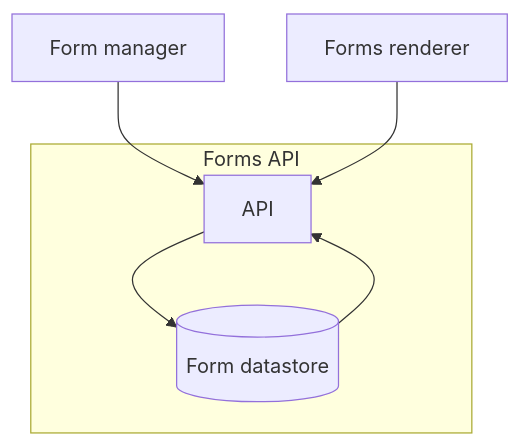
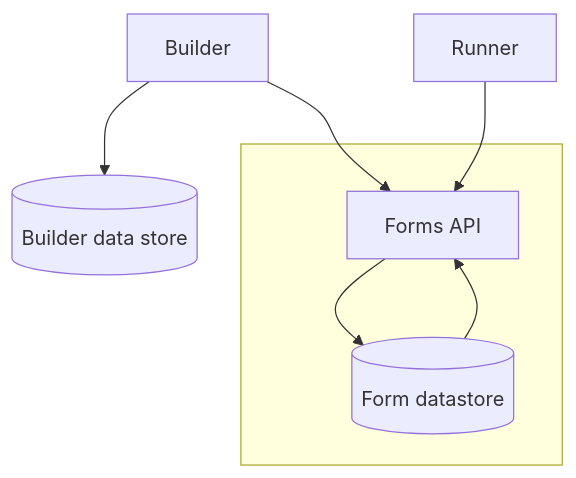
Before and after one commit to alphagov/forms: the first of 3 diagrams in ADR/ADR004-store-form-schemas-in-an-api.md, drawn with Mermaid. The commit also changed other lines of this file, not shown here.

````diff
--- a/ADR/ADR004-store-form-schemas-in-an-api.md
+++ b/ADR/ADR004-store-form-schemas-in-an-api.md
@@ -18,15 +46,17 @@
 ```mermaid
 graph TD
-  Manager[Form manager]
+  Manager[Builder]
+  builderDatastore[(Builder data store)]
+  runnerRenderer[Runner]
 
-  subgraph formsApiService[Forms API]
-    formsApi[API]
+  subgraph formsApiService[ ]
+    formsApi[Forms API]
     formStore[(Form datastore)]
   end
 
-  runnerRenderer[Forms renderer]
+  Manager --> builderDatastore
   Manager --> formsApi
   formsApi --> formStore
   formStore --> formsApi
   runnerRenderer --> formsApi
 ```
````
